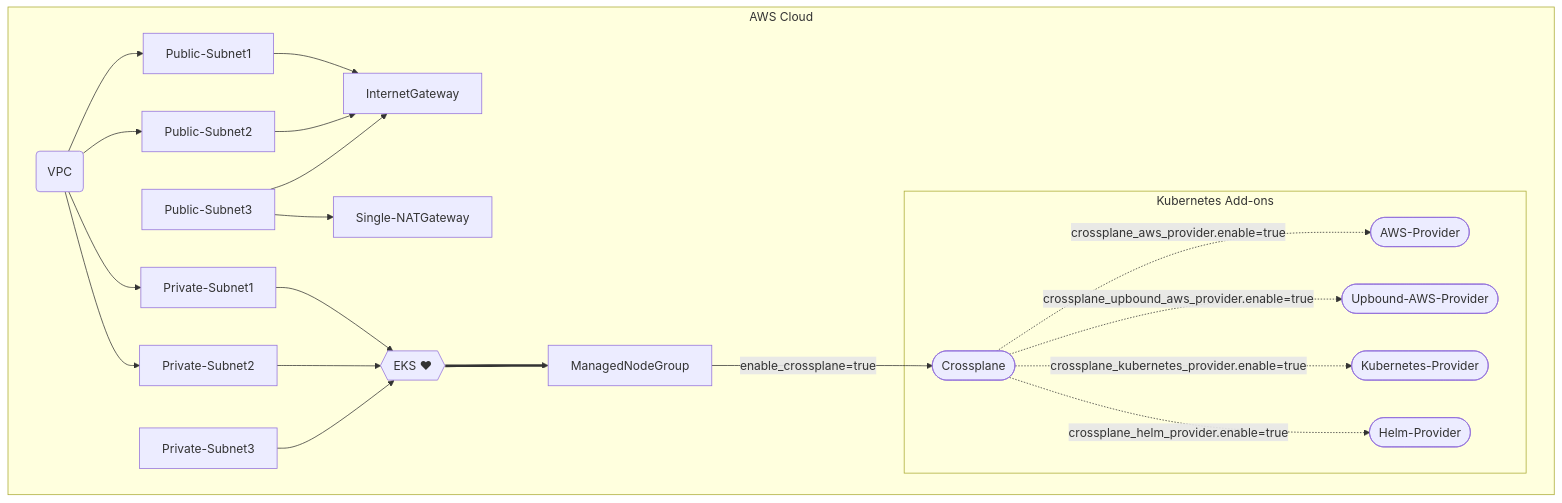
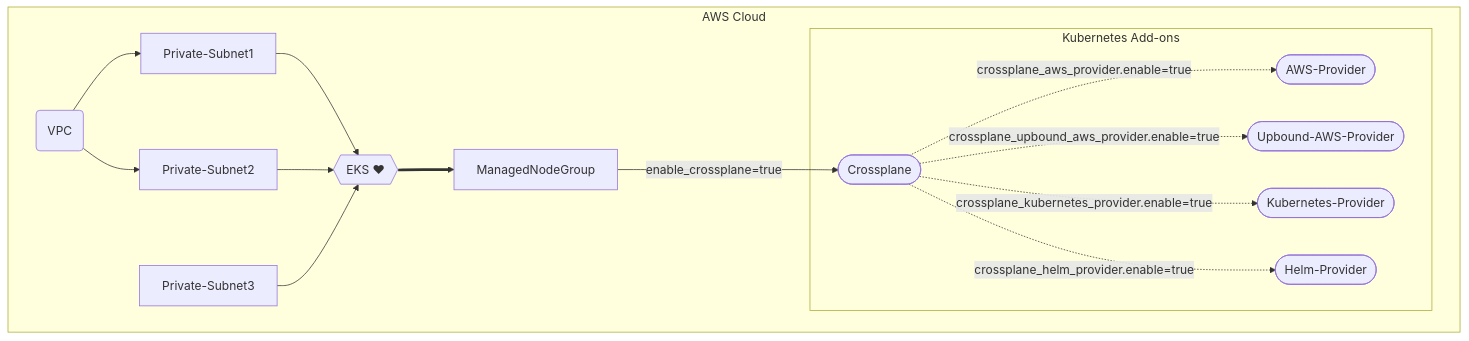
One commit to awslabs/crossplane-on-eks changed the diagram in bootstrap/terraform-fully-private/README.md. Above: the diagram before and after it, drawn with Mermaid. The commit also changed other lines of this file and 2 other files, not shown here.

Commit message:
fixing timeouts and sleep

````diff
--- a/bootstrap/terraform-fully-private/README.md
+++ b/bootstrap/terraform-fully-private/README.md
@@ -15,24 +14,18 @@
 ```mermaid
 graph TD;
     subgraph AWS Cloud
     id1(VPC)-->Private-Subnet1;
     id1(VPC)-->Private-Subnet2;
-    id1(VPC)-->Public-Subnet1;
-    id1(VPC)-->Public-Subnet2;
-    Public-Subnet1-->InternetGateway
-    Public-Subnet2-->InternetGateway
-    Public-Subnet3-->InternetGateway
-    Public-Subnet3-->Single-NATGateway
     Private-Subnet1-->EKS{{"EKS #9829;"}}
-    Private-Subnet2-->EKS
-    Private-Subnet3-->EKS
+    Private-Subnet2-->EKS{{"EKS #9829;"}}
+    Private-Subnet3-->EKS{{"EKS #9829;"}}
     EKS==>ManagedNodeGroup;
     ManagedNodeGroup-->|enable_crossplane=true|id2([Crossplane]);
     subgraph Kubernetes Add-ons
     id2([Crossplane])-.->|crossplane_aws_provider.enable=true|id3([AWS-Provider]);
     id2([Crossplane])-.->|crossplane_upbound_aws_provider.enable=true|id4([Upbound-AWS-Provider]);
     id2([Crossplane])-.->|crossplane_kubernetes_provider.enable=true|id5([Kubernetes-Provider]);
     id2([Crossplane])-.->|crossplane_helm_provider.enable=true|id6([Helm-Provider]);
     end
     end
 ```
````
